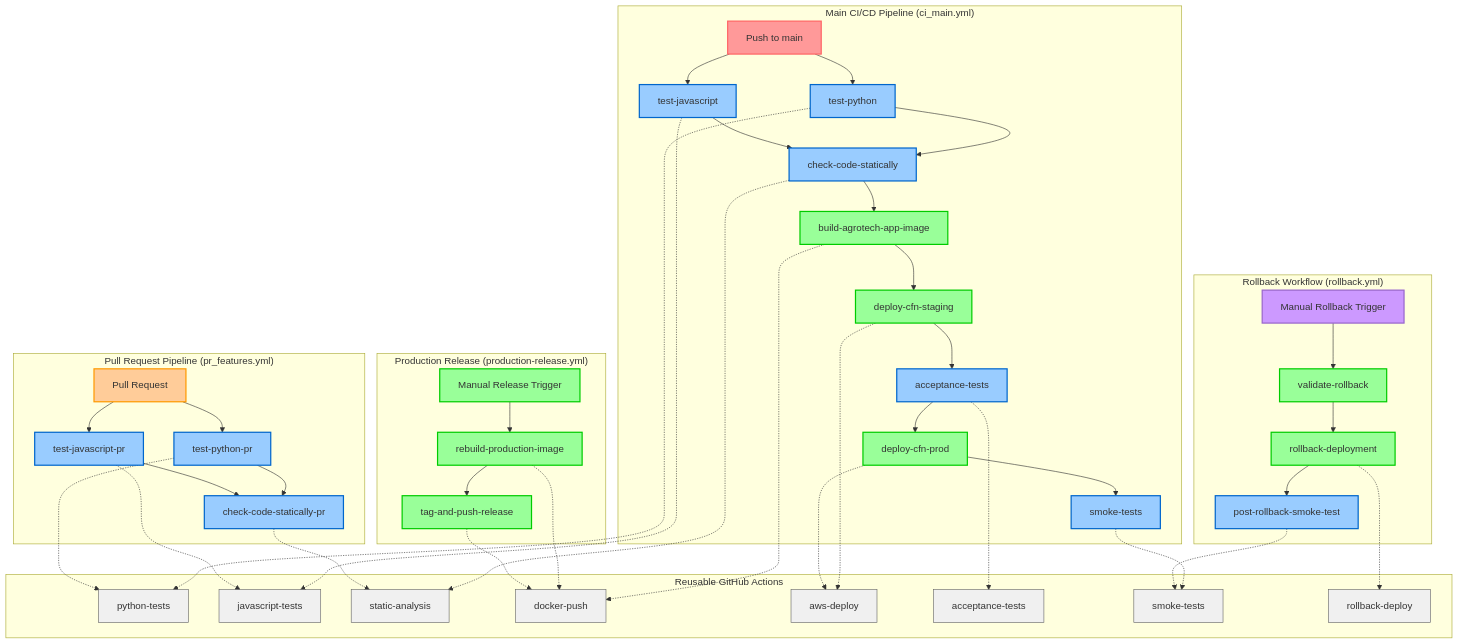
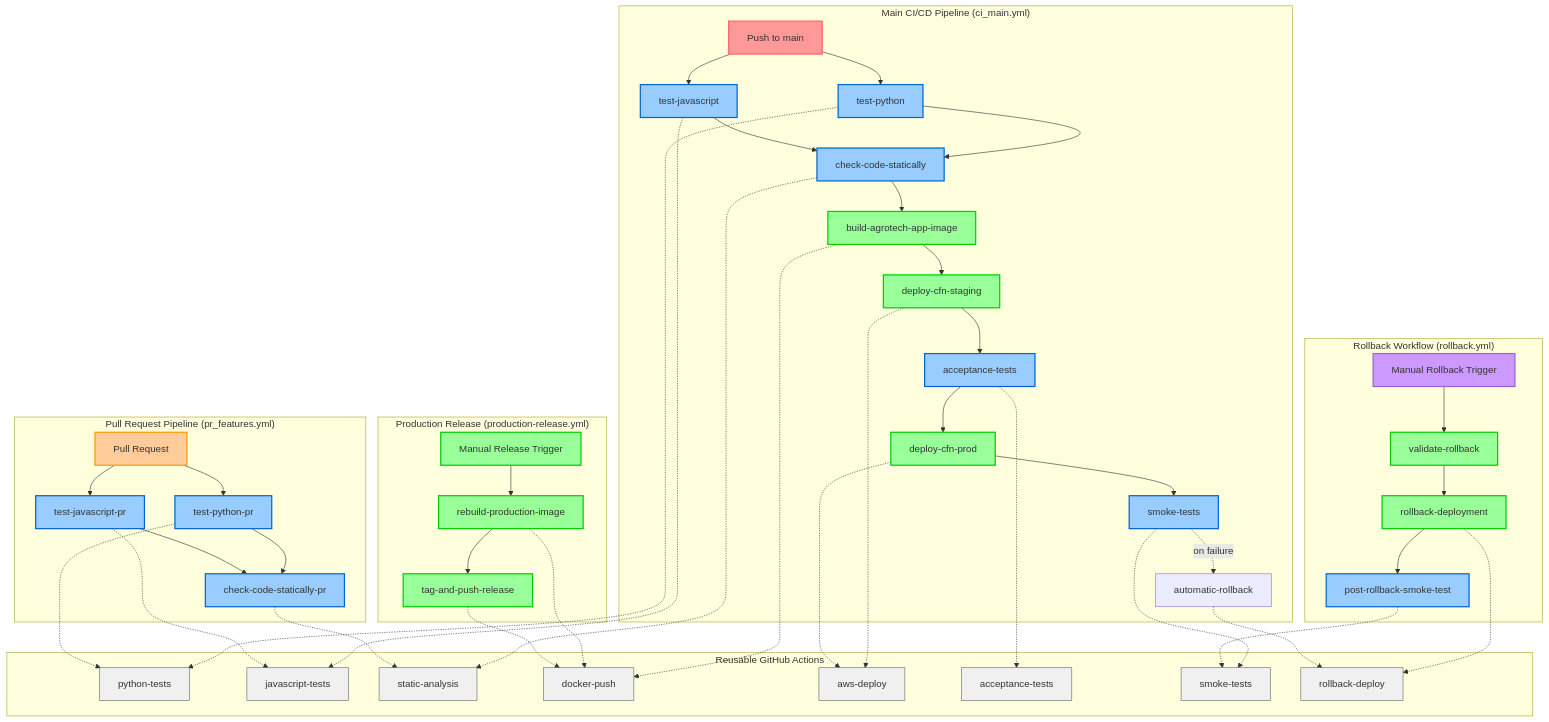
Before and after one commit to AgroTechCoAI/AgroTechAI: the second of 2 diagrams in README.md, drawn with Mermaid. The commit also changed other lines of this file and 1 other file, not shown here.

First line of the commit message:
feat(ci/cd): Add automatic rollback on smoke test failure

````diff
--- a/README.md
+++ b/README.md
@@ -779,77 +780,79 @@
 ```mermaid
 flowchart TB
     subgraph "Main CI/CD Pipeline (ci_main.yml)"
         A[Push to main] --> B[test-python]
         A --> C[test-javascript]
         B --> D[check-code-statically]
         C --> D
         D --> E[build-agrotech-app-image]
         E --> F[deploy-cfn-staging]
         F --> G[acceptance-tests]
         G --> H[deploy-cfn-prod]
         H --> I[smoke-tests]
+        I -.->|on failure| I1[automatic-rollback]
     end
 
     subgraph "Pull Request Pipeline (pr_features.yml)"
         J[Pull Request] --> K[test-python-pr]
         J --> L[test-javascript-pr]
         K --> M[check-code-statically-pr]
         L --> M
     end
 
     subgraph "Production Release (production-release.yml)"
         N1[Manual Release Trigger] --> O1[rebuild-production-image]
         O1 --> P1[tag-and-push-release]
     end
 
     subgraph "Rollback Workflow (rollback.yml)"
         N[Manual Rollback Trigger] --> O[validate-rollback]
         O --> P[rollback-deployment]
         P --> Q[post-rollback-smoke-test]
     end
 
     subgraph "Reusable GitHub Actions"
         R[python-tests]
         S[javascript-tests]
         T[static-analysis]
         U[docker-push]
         V[aws-deploy]
         W[acceptance-tests]
         X[smoke-tests]
         Y[rollback-deploy]
     end
 
     %% Dependencies between workflows and actions
     B -.-> R
     C -.-> S
     D -.-> T
     E -.-> U
     F -.-> V
     G -.-> W
     H -.-> V
     I -.-> X
     K -.-> R
     L -.-> S
     M -.-> T
     O1 -.-> U
     P1 -.-> U
     P -.-> Y
     Q -.-> X
+    I1-.->Y
 
     %% Styling
     classDef mainTrigger fill:#ff9999,stroke:#ff6666,stroke-width:2px
     classDef prTrigger fill:#ffcc99,stroke:#ff9900,stroke-width:2px
     classDef releaseTrigger fill:#99ff99,stroke:#00cc00,stroke-width:2px
     classDef rollbackTrigger fill:#cc99ff,stroke:#9966cc,stroke-width:2px
     classDef testStep fill:#99ccff,stroke:#0066cc,stroke-width:2px
     classDef deployStep fill:#99ff99,stroke:#00cc00,stroke-width:2px
     classDef action fill:#f0f0f0,stroke:#666666,stroke-width:1px
 
     class A mainTrigger
     class J prTrigger
     class N1 releaseTrigger
     class N rollbackTrigger
     class B,C,D,G,I,K,L,M,Q testStep
     class E,F,H,O,P,O1,P1 deployStep
     class R,S,T,U,V,W,X,Y action
 ```
````
